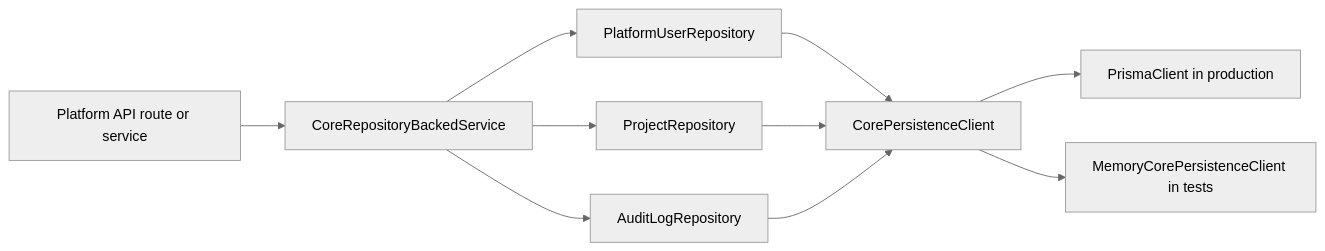
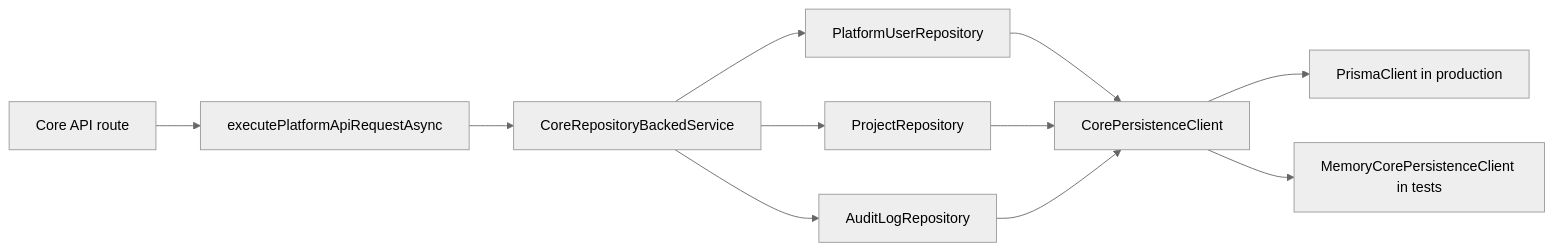
One commit to horizonxlabs/horizon changed the diagram in docs/operations/real-mvp-persistence.md. Above: the diagram before and after it, drawn with Mermaid (neutral theme). The commit also changed other lines of this file and 6 other files, not shown here.

Commit message:
feat: wire core api routes to persistence mode

````diff
--- a/docs/operations/real-mvp-persistence.md
+++ b/docs/operations/real-mvp-persistence.md
@@ -18,12 +18,13 @@
 ```mermaid
 flowchart LR
-  A["Platform API route or service"] --> B["CoreRepositoryBackedService"]
-  B --> C["PlatformUserRepository"]
-  B --> D["ProjectRepository"]
-  B --> E["AuditLogRepository"]
-  C --> F["CorePersistenceClient"]
-  D --> F
-  E --> F
-  F --> G["PrismaClient in production"]
-  F --> H["MemoryCorePersistenceClient in tests"]
+  A["Core API route"] --> B["executePlatformApiRequestAsync"]
+  B --> C["CoreRepositoryBackedService"]
+  C --> D["PlatformUserRepository"]
+  C --> E["ProjectRepository"]
+  C --> F["AuditLogRepository"]
+  D --> G["CorePersistenceClient"]
+  E --> G
+  F --> G
+  G --> H["PrismaClient in production"]
+  G --> I["MemoryCorePersistenceClient in tests"]
 ```
````
